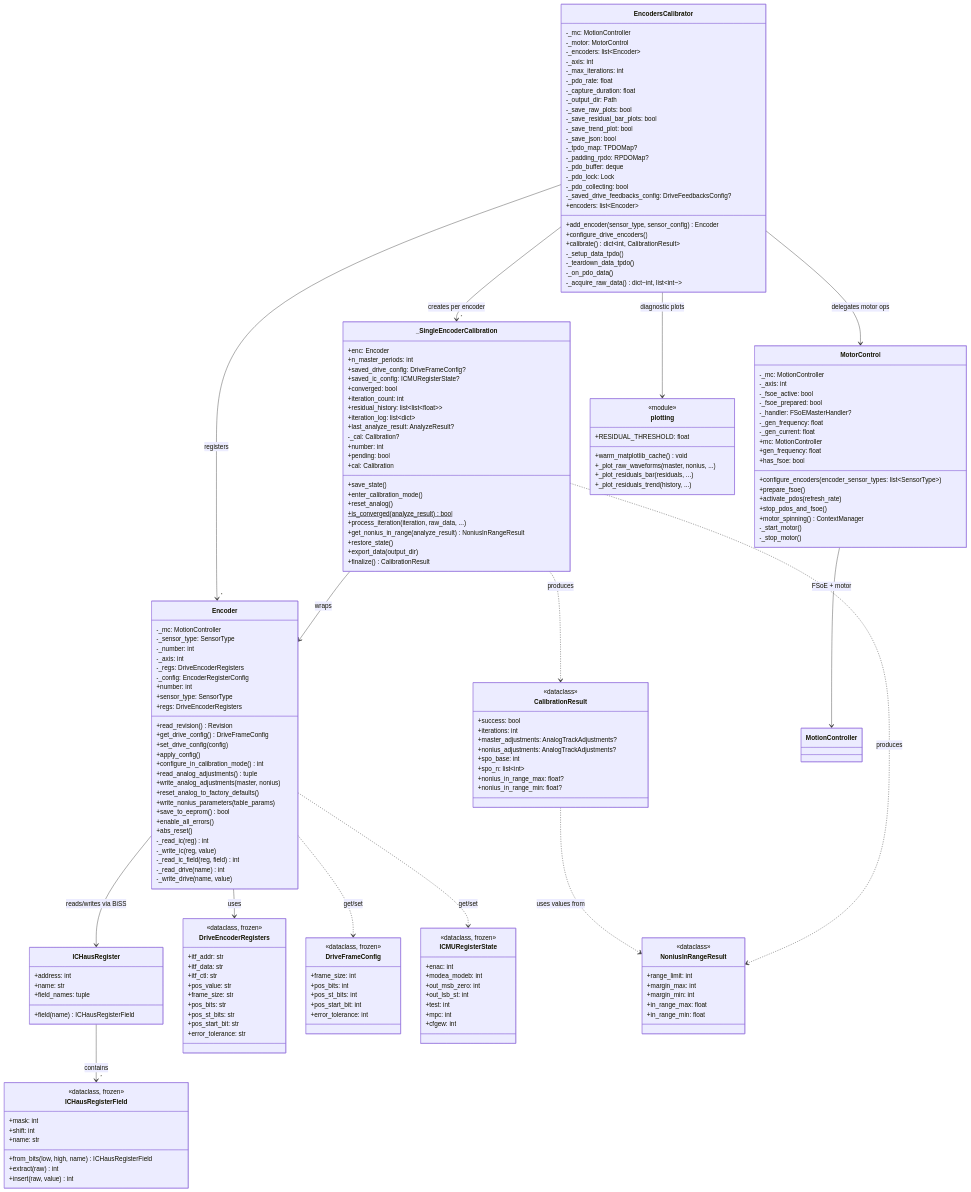
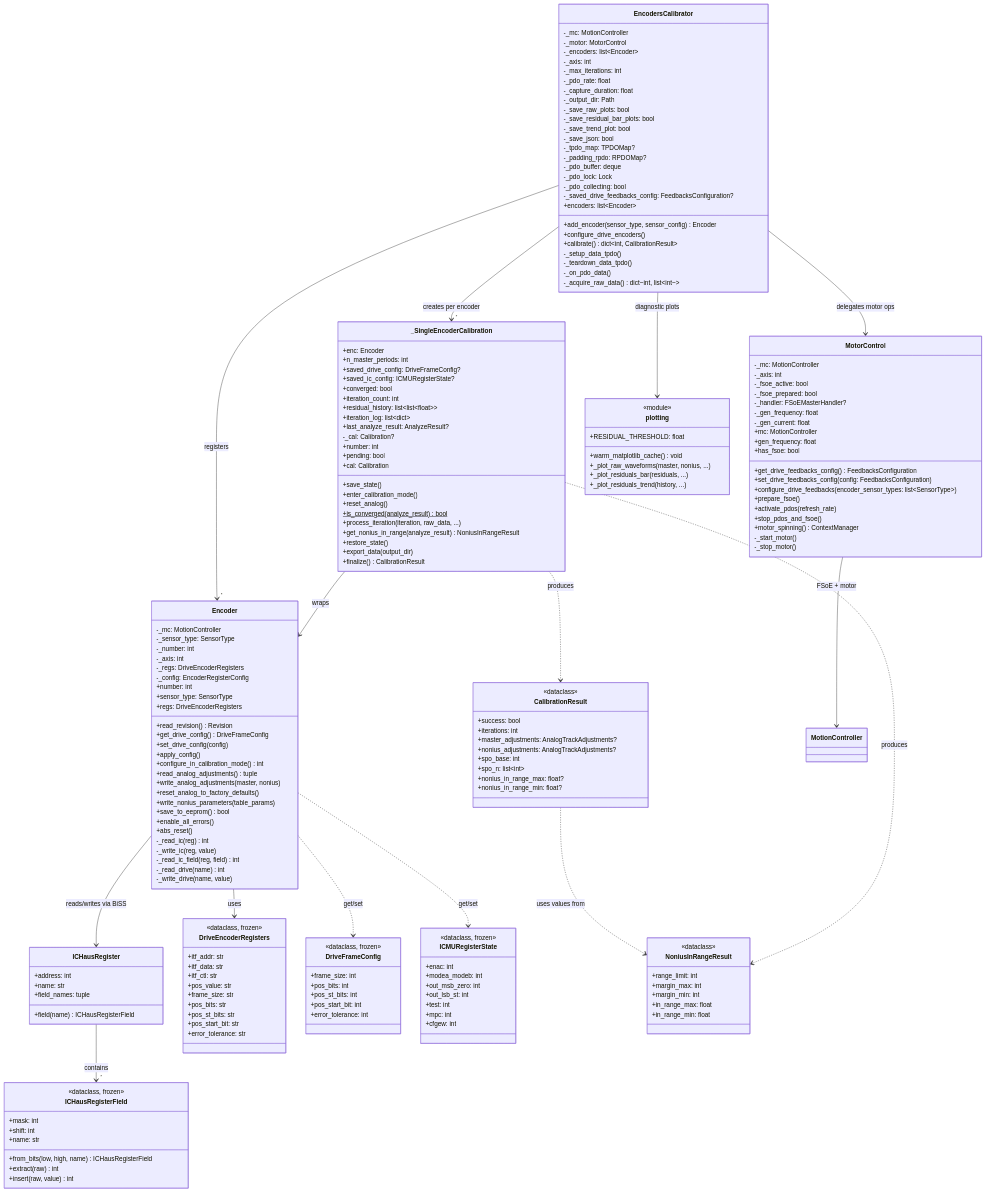
The third of 3 diagrams in docs/architecture.md (ingeniamc/iC-Haus-magnetic-encoder-calibration), drawn with Mermaid before and after one commit. The commit also changed other lines of this file, not shown here.

Commit message:
Update architecture documentation

```diff
--- a/docs/architecture.md
+++ b/docs/architecture.md
@@ -369,7 +369,9 @@
         +mc: MotionController
         +gen_frequency: float
         +has_fsoe: bool
-        +configure_encoders(encoder_sensor_types: list~SensorType~)
+        +get_drive_feedbacks_config() FeedbacksConfiguration
+        +set_drive_feedbacks_config(config: FeedbacksConfiguration)
+        +configure_drive_feedbacks(encoder_sensor_types: list~SensorType~)
         +prepare_fsoe()
         +activate_pdos(refresh_rate)
         +stop_pdos_and_fsoe()
@@ -421,7 +423,7 @@
         -_pdo_buffer: deque
         -_pdo_lock: Lock
         -_pdo_collecting: bool
-        -_saved_drive_feedbacks_config: DriveFeedbacksConfig?
+        -_saved_drive_feedbacks_config: FeedbacksConfiguration?
         +encoders: list~Encoder~
         +add_encoder(sensor_type, sensor_config) Encoder
         +configure_drive_encoders()
```
